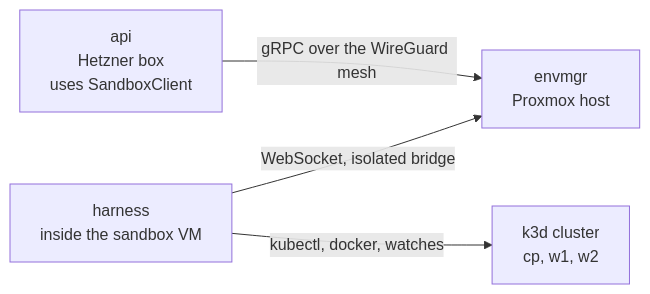
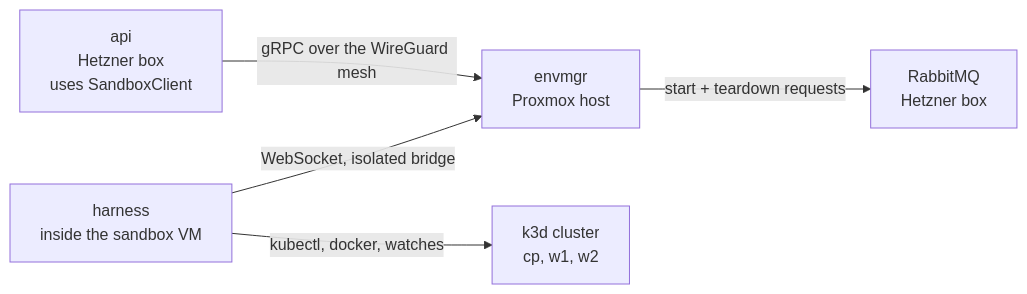
Before and after one commit to kubernetes-learning-platform/sandbox: the diagram in README.md, drawn with Mermaid. The commit also changed other lines of this file and 1 other file, not shown here.

````diff
--- a/README.md
+++ b/README.md
@@ -13,11 +13,13 @@
 ```mermaid
 flowchart LR
     api["api<br/>Hetzner box<br/>uses SandboxClient"]
     envmgr["envmgr<br/>Proxmox host"]
     harness["harness<br/>inside the sandbox VM"]
     k3d["k3d cluster<br/>cp, w1, w2"]
+    mq["RabbitMQ<br/>Hetzner box"]
 
     api -->|"gRPC over the WireGuard mesh"| envmgr
+    envmgr -->|"start + teardown requests"| mq
     harness -->|"WebSocket, isolated bridge"| envmgr
     harness -->|"kubectl, docker, watches"| k3d
 ```
````
